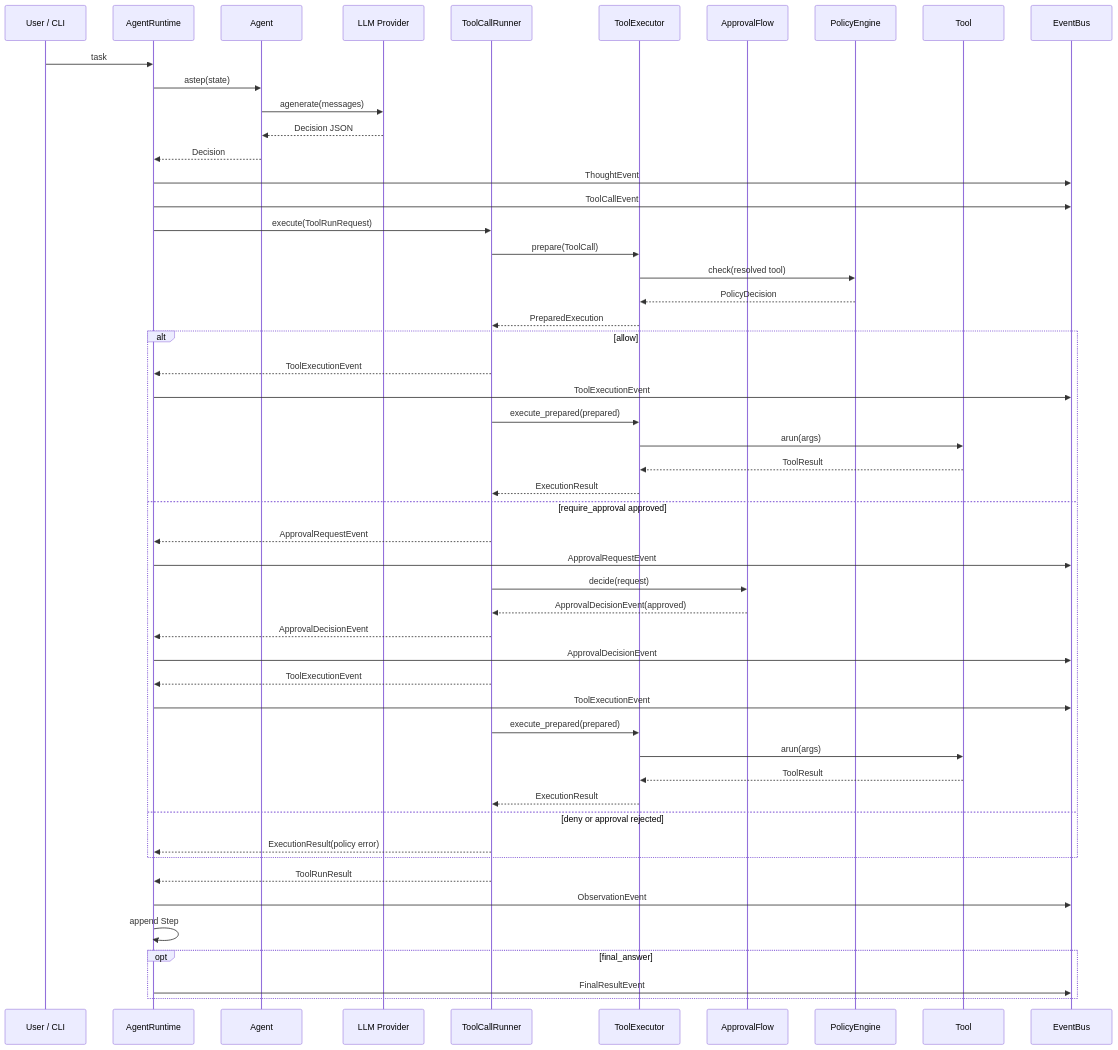
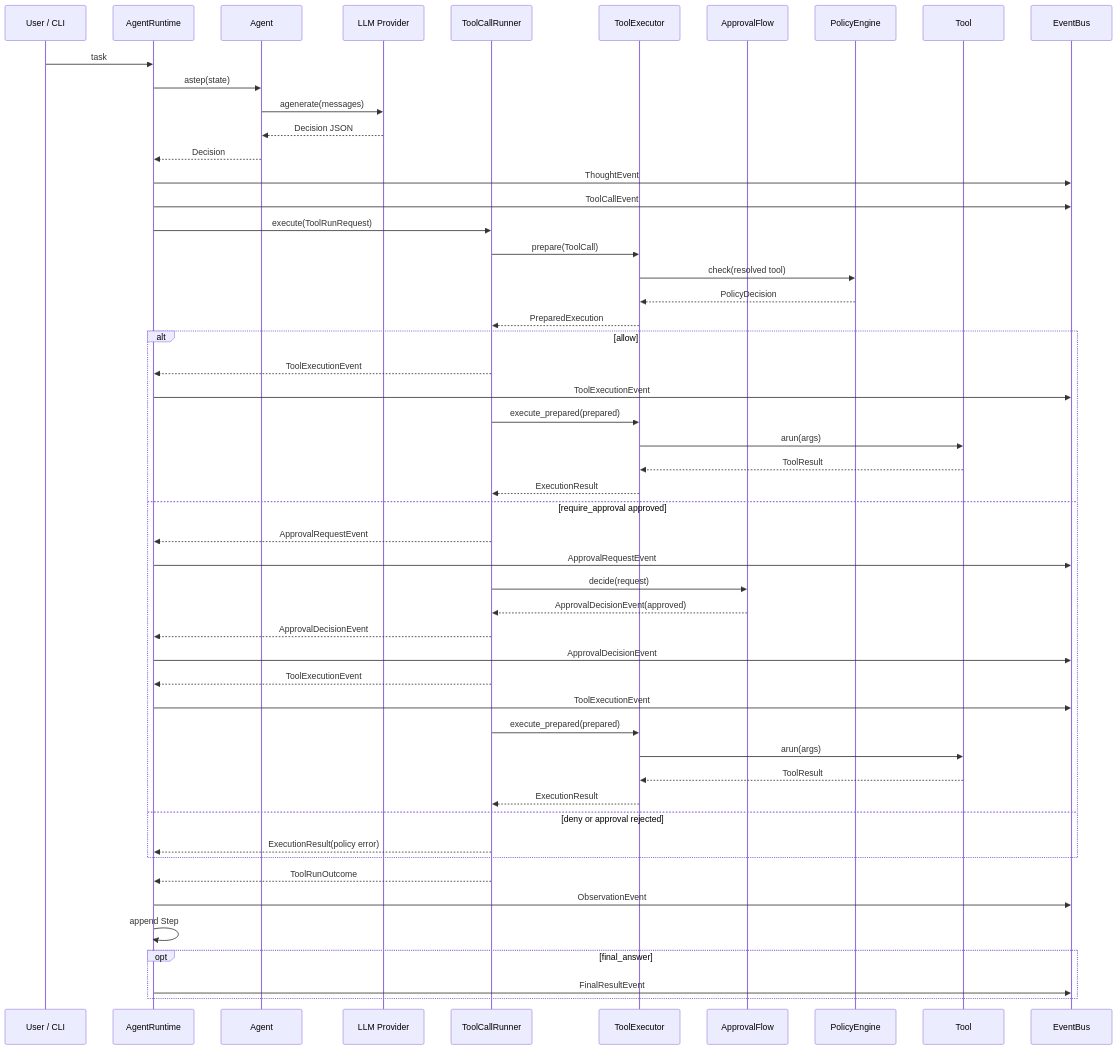
Before and after one commit to Dabuliule/codecraft: the second of 2 diagrams in docs/ARCHITECTURE.md, drawn with Mermaid. The commit also changed other lines of this file and 6 other files, not shown here.

Commit message:
refactor: return tool run outcomes

````diff
--- a/docs/ARCHITECTURE.md
+++ b/docs/ARCHITECTURE.md
@@ -47,55 +47,55 @@
 ```mermaid
 sequenceDiagram
     participant U as User / CLI
     participant R as AgentRuntime
     participant A as Agent
     participant L as LLM Provider
     participant S as ToolCallRunner
     participant E as ToolExecutor
     participant F as ApprovalFlow
     participant P as PolicyEngine
     participant T as Tool
     participant B as EventBus
 
     U->>R: task
     R->>A: astep(state)
     A->>L: agenerate(messages)
     L-->>A: Decision JSON
     A-->>R: Decision
     R->>B: ThoughtEvent
     R->>B: ToolCallEvent
     R->>S: execute(ToolRunRequest)
     S->>E: prepare(ToolCall)
     E->>P: check(resolved tool)
     P-->>E: PolicyDecision
     E-->>S: PreparedExecution
     alt allow
         S-->>R: ToolExecutionEvent
         R->>B: ToolExecutionEvent
         S->>E: execute_prepared(prepared)
         E->>T: arun(args)
         T-->>E: ToolResult
         E-->>S: ExecutionResult
     else require_approval approved
         S-->>R: ApprovalRequestEvent
         R->>B: ApprovalRequestEvent
         S->>F: decide(request)
         F-->>S: ApprovalDecisionEvent(approved)
         S-->>R: ApprovalDecisionEvent
         R->>B: ApprovalDecisionEvent
         S-->>R: ToolExecutionEvent
         R->>B: ToolExecutionEvent
         S->>E: execute_prepared(prepared)
         E->>T: arun(args)
         T-->>E: ToolResult
         E-->>S: ExecutionResult
     else deny or approval rejected
         S-->>R: ExecutionResult(policy error)
     end
-    S-->>R: ToolRunResult
+    S-->>R: ToolRunOutcome
     R->>B: ObservationEvent
     R->>R: append Step
     opt final_answer
         R->>B: FinalResultEvent
     end
 ```
````
